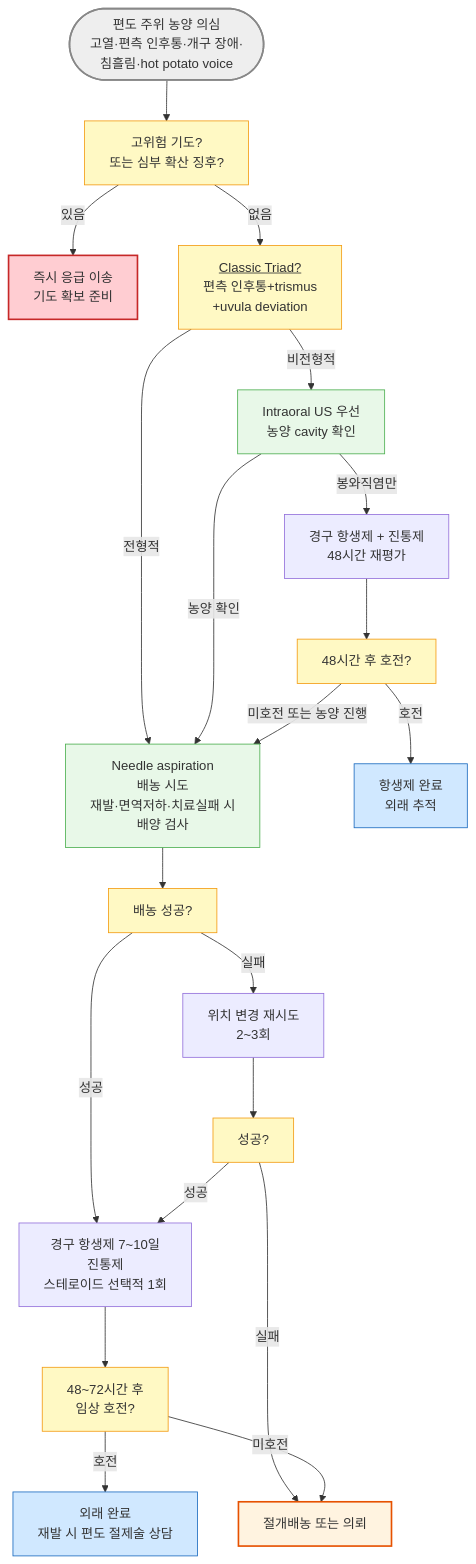
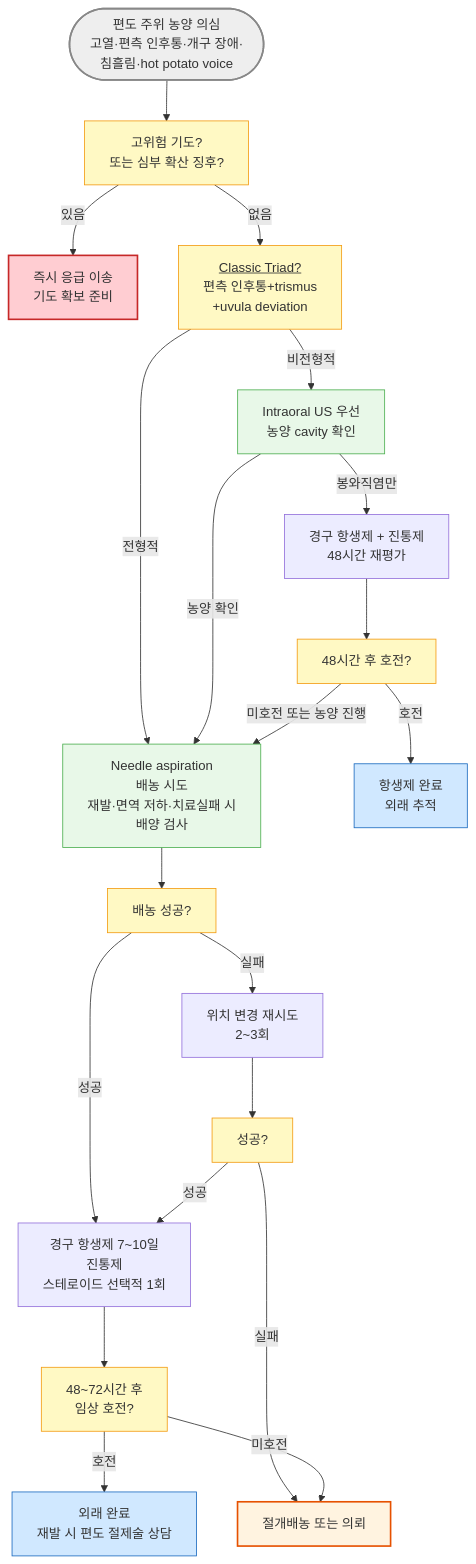
The diagram in 223_/065_-peritonsillar-abscess.md (familyoh77/familyoh77), drawn with Mermaid before and after one commit. The commit also changed 19 other files, not shown here.

````diff
--- a/223_/065_-peritonsillar-abscess.md
+++ b/223_/065_-peritonsillar-abscess.md
@@ -108,32 +108,32 @@
 ```mermaid
 graph TD
     A([편도 주위 농양 의심<br/>고열·편측 인후통·개구 장애·침흘림·hot potato voice]) --> B[고위험 기도?<br/>또는 심부 확산 징후?]
     B -- 있음 --> C[즉시 응급 이송<br/>기도 확보 준비]
     B -- 없음 --> D[<u>Classic Triad?</u><br/>편측 인후통+trismus<br/>+uvula deviation]
-    D -- 전형적 --> G[Needle aspiration<br/>배농 시도<br/>재발·면역저하·치료실패 시 
+    D -- 전형적 --> G[Needle aspiration<br/>배농 시도<br/>재발·면역 저하·치료실패 시 
     배양 검사]
     D -- 비전형적 --> E[Intraoral US 우선<br/>농양 cavity 확인]
     E -- 농양 확인 --> G
     E -- 봉와직염만 --> F[경구 항생제 + 진통제<br/>48시간 재평가]
     G --> H[배농 성공?]
     H -- 성공 --> I[경구 항생제 7~10일<br/>진통제<br/>스테로이드 선택적 1회]
     H -- 실패 --> G2[위치 변경 재시도<br/>2~3회]
     G2 --> H2[성공?]
     H2 -- 성공 --> I
     H2 -- 실패 --> J[절개배농 또는 의뢰]
     I --> K[48~72시간 후<br/>임상 호전?]
     K -- 호전 --> L[외래 완료<br/>재발 시 편도 절제술 상담]
     K -- 미호전 --> J
     F --> M[48시간 후 호전?]
     M -- 호전 --> N[항생제 완료<br/>외래 추적]
     M -- 미호전 또는 농양 진행 --> G
 style A fill:#eeeeee,stroke:#888888,stroke-width:2px
 classDef yellow fill:#fff9c4,stroke:#f39c12
 class B,D,H,H2,M,K yellow
 classDef blue fill:#d0e8ff,stroke:#1a6abf
 class N,L blue
 classDef lightGreen fill:#e8f8e8,stroke:#4caf50
 class G,E lightGreen
     style C fill:#ffcdd2,stroke:#c62828,stroke-width:2px
     style J fill:#fff3e0,stroke:#e65100,stroke-width:2px
 ```
````
